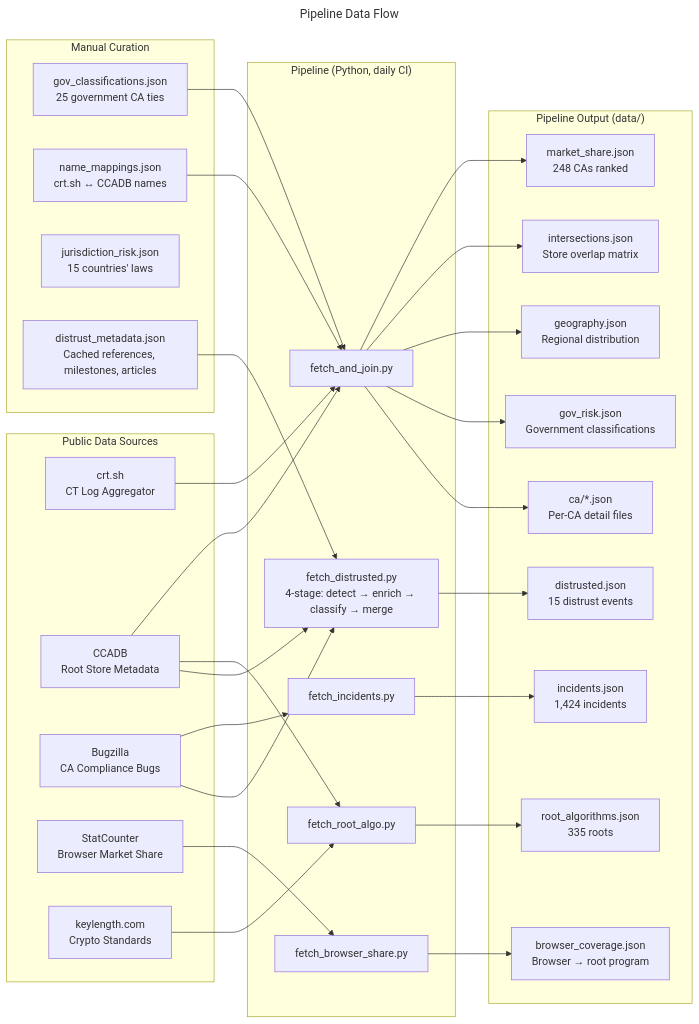
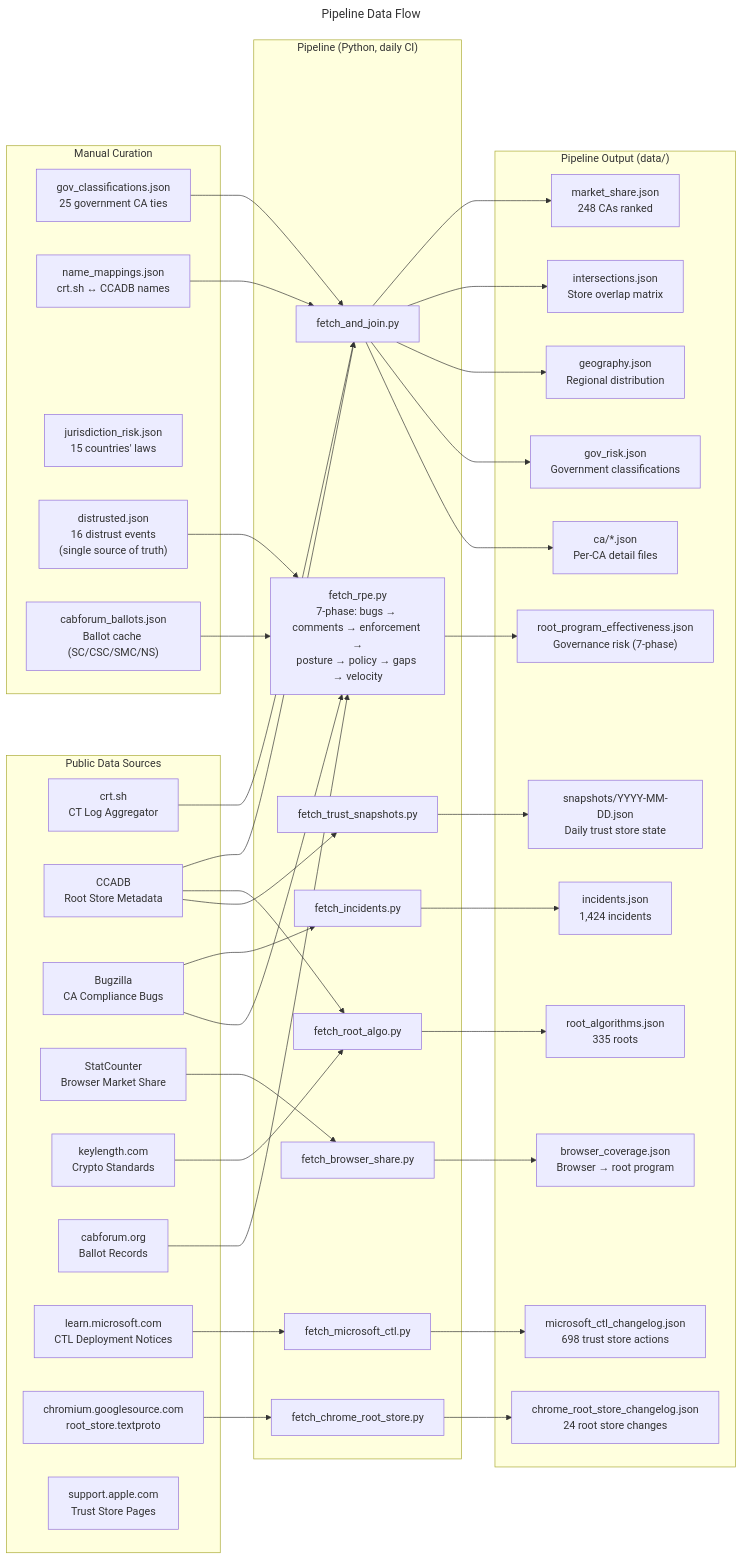
The diagram in diagrams/pipeline.mermaid (systematicreasoning/webpki-observatory), drawn with Mermaid before and after one commit. The commit also changed 26 other files, not shown here.

Commit message:
Add Tab 12: Governance Risk - root program enforcement, oversight, policy leadership, trust surface comparison

```diff
--- a/diagrams/pipeline.mermaid
+++ b/diagrams/pipeline.mermaid
@@ -1,60 +1,78 @@
 ---
 title: Pipeline Data Flow
 ---
 graph LR
     subgraph Sources["Public Data Sources"]
         CRT["crt.sh<br/>CT Log Aggregator"]
         CCADB["CCADB<br/>Root Store Metadata"]
         BZ["Bugzilla<br/>CA Compliance Bugs"]
         SC["StatCounter<br/>Browser Market Share"]
         KL["keylength.com<br/>Crypto Standards"]
+        CBF["cabforum.org<br/>Ballot Records"]
+        MSCTL["learn.microsoft.com<br/>CTL Deployment Notices"]
+        CRSRC["chromium.googlesource.com<br/>root_store.textproto"]
+        APPL["support.apple.com<br/>Trust Store Pages"]
     end
 
     subgraph Pipeline["Pipeline (Python, daily CI)"]
         FJ["fetch_and_join.py"]
         FI["fetch_incidents.py"]
         FR["fetch_root_algo.py"]
         FB["fetch_browser_share.py"]
-        FD["fetch_distrusted.py<br/>4-stage: detect → enrich → classify → merge"]
+        FRPE["fetch_rpe.py<br/>7-phase: bugs → comments → enforcement →<br/>posture → policy → gaps → velocity"]
+        FMCTL["fetch_microsoft_ctl.py"]
+        FCRS["fetch_chrome_root_store.py"]
+        FSNAP["fetch_trust_snapshots.py"]
     end
 
     subgraph Enrichments["Manual Curation"]
         GOV["gov_classifications.json<br/>25 government CA ties"]
         NM["name_mappings.json<br/>crt.sh ↔ CCADB names"]
         JR["jurisdiction_risk.json<br/>15 countries' laws"]
-        DM["distrust_metadata.json<br/>Cached references, milestones, articles"]
+        DD["distrusted.json<br/>16 distrust events<br/>(single source of truth)"]
+        BALLOT["cabforum_ballots.json<br/>Ballot cache (SC/CSC/SMC/NS)"]
     end
 
     subgraph Data["Pipeline Output (data/)"]
         MS["market_share.json<br/>248 CAs ranked"]
         IX["intersections.json<br/>Store overlap matrix"]
         GEO["geography.json<br/>Regional distribution"]
         GR["gov_risk.json<br/>Government classifications"]
         INC["incidents.json<br/>1,424 incidents"]
         RA["root_algorithms.json<br/>335 roots"]
         BC["browser_coverage.json<br/>Browser → root program"]
         CA["ca/*.json<br/>Per-CA detail files"]
-        DD["distrusted.json<br/>15 distrust events"]
+        RPE["root_program_effectiveness.json<br/>Governance risk (7-phase)"]
+        MCTLJ["microsoft_ctl_changelog.json<br/>698 trust store actions"]
+        CRSJ["chrome_root_store_changelog.json<br/>24 root store changes"]
+        SNAP["snapshots/YYYY-MM-DD.json<br/>Daily trust store state"]
     end
 
     CRT --> FJ
     CCADB --> FJ
     CCADB --> FR
-    CCADB --> FD
+    CCADB --> FSNAP
     BZ --> FI
-    BZ --> FD
+    BZ --> FRPE
     SC --> FB
     KL --> FR
+    CBF --> FRPE
+    MSCTL --> FMCTL
+    CRSRC --> FCRS
     GOV --> FJ
     NM --> FJ
-    DM --> FD
+    DD --> FRPE
+    BALLOT --> FRPE
 
     FJ --> MS
     FJ --> IX
     FJ --> GEO
     FJ --> GR
     FJ --> CA
     FI --> INC
     FR --> RA
     FB --> BC
-    FD --> DD
+    FRPE --> RPE
+    FMCTL --> MCTLJ
+    FCRS --> CRSJ
+    FSNAP --> SNAP
```
